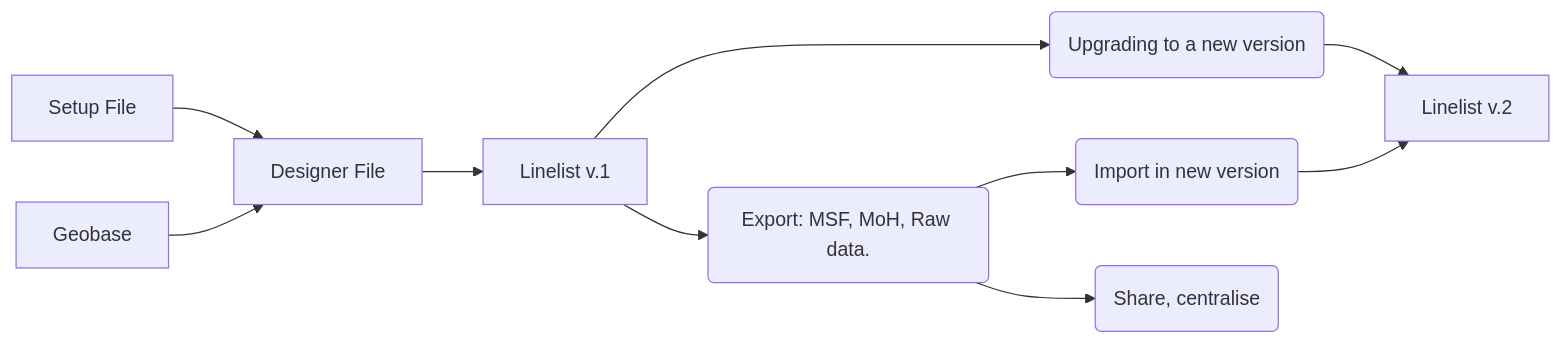
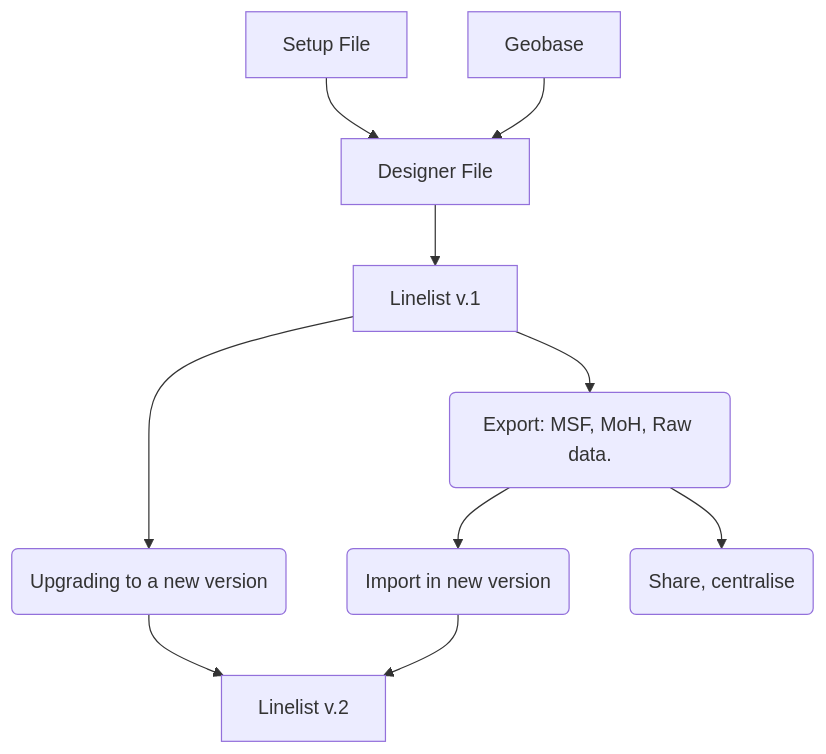
Before and after one commit to epicentre-msf/outbreak-tools-demo: the diagram in README.md, drawn with Mermaid. The commit also changed 14 other files, not shown here.

````diff
--- a/README.md
+++ b/README.md
@@ -39,13 +39,15 @@
 ``` mermaid
 
-flowchart LR
+%%|fig.width: 2
+
+flowchart TD
 A[Setup File] --> B[Designer File]
 G[Geobase] -->B
 B --> C[Linelist v.1]
 C --> F(Upgrading to a new version)
 C --> E(Export: MSF, MoH, Raw data.)
 E --> I(Import in new version)
 E --> H(Share, centralise)
 F --> K[Linelist v.2]
 I --> K
 ```
````
